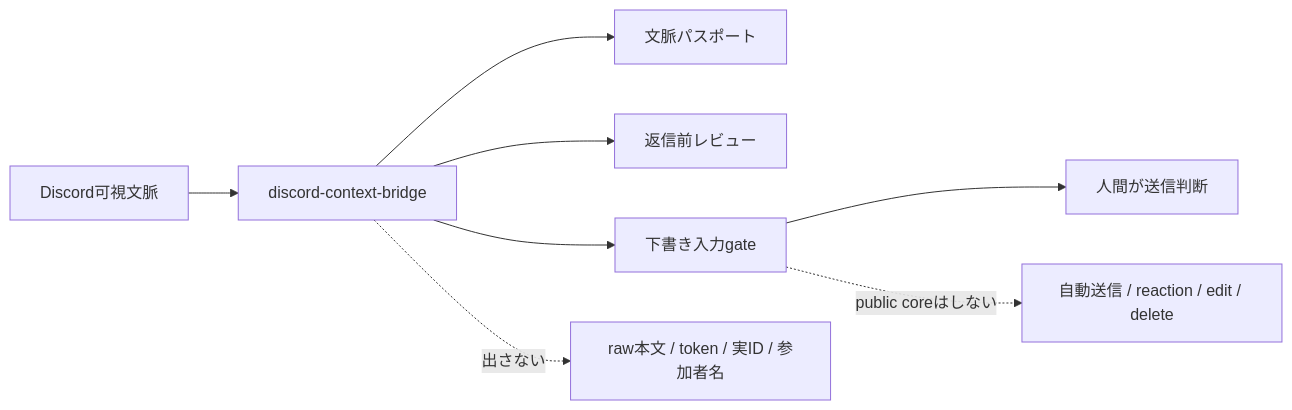
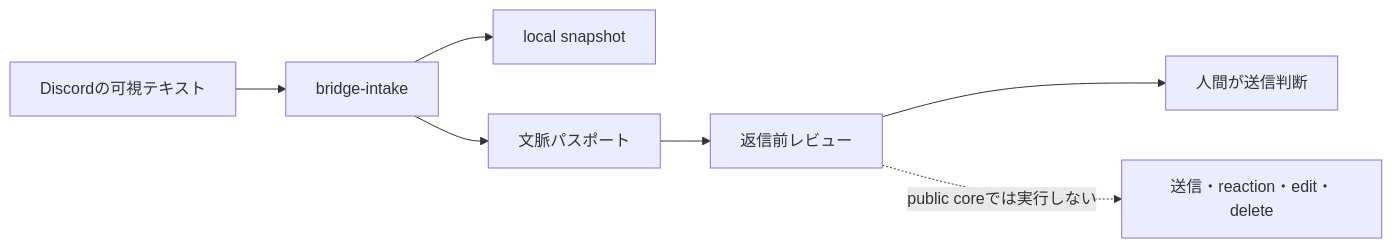
Before and after one commit to nexus-ai-2045/discord-context-bridge: the diagram in README.md, drawn with Mermaid. The commit also changed other lines of this file, not shown here.

````diff
--- a/README.md
+++ b/README.md
@@ -32,11 +17,10 @@
 ```mermaid
 flowchart LR
-  input["Discord可視文脈"] --> bridge["discord-context-bridge"]
-  bridge --> passport["文脈パスポート"]
-  bridge --> review["返信前レビュー"]
-  bridge --> stage["下書き入力gate"]
-  stage --> human["人間が送信判断"]
+  visible["Discordの可視テキスト"] --> intake["bridge-intake"]
+  intake --> ledger["local snapshot"]
+  intake --> context["文脈パスポート"]
+  context --> review["返信前レビュー"]
+  review --> human["人間が送信判断"]
 
-  bridge -. "出さない" .-> raw["raw本文 / token / 実ID / 参加者名"]
-  stage -. "public coreはしない" .-> send["自動送信 / reaction / edit / delete"]
+  review -. "public coreでは実行しない" .-> send["送信・reaction・edit・delete"]
 ```
````
